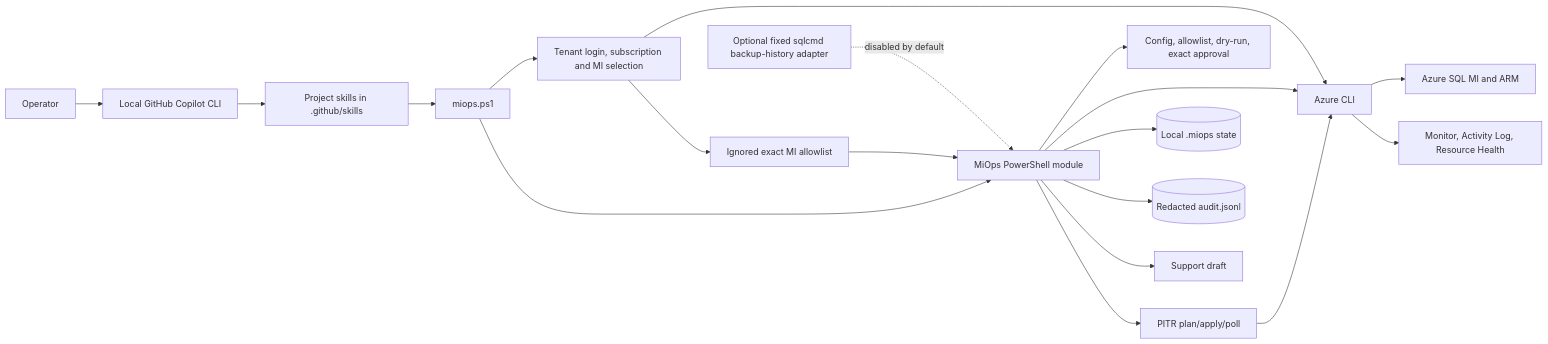
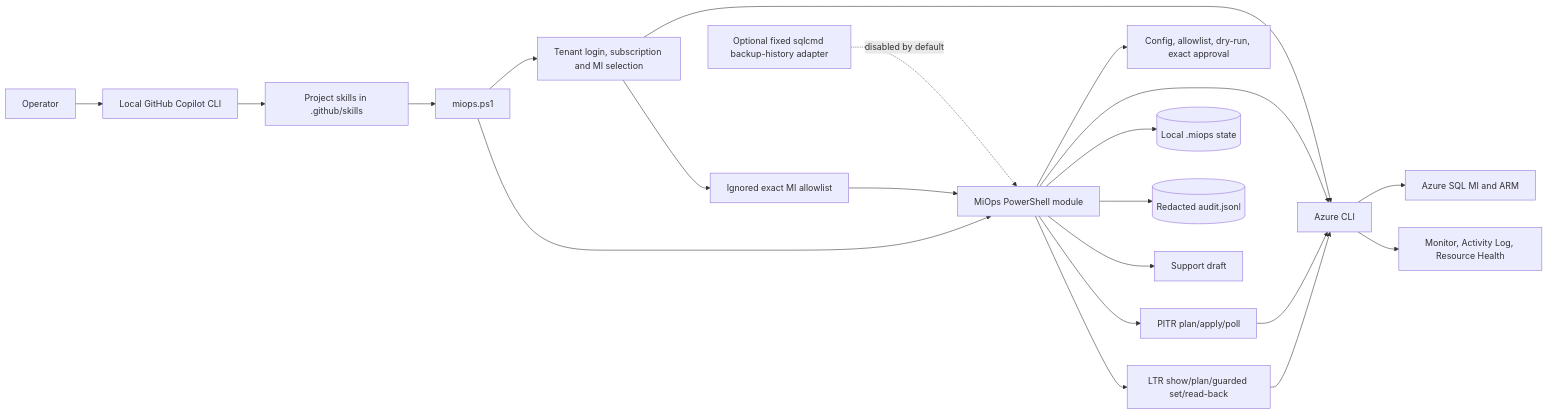
One commit to lduanmsft/azure-sqlops changed the first of 4 diagrams in docs/architecture.md. Above: the diagram before and after it, drawn with Mermaid. The commit also changed other lines of this file and 10 other files, not shown here.

First line of the commit message:
Add guarded MI LTR policy management

````diff
--- a/docs/architecture.md
+++ b/docs/architecture.md
@@ -7,21 +7,23 @@
 ```mermaid
 flowchart LR
     Operator[Operator] --> Copilot[Local GitHub Copilot CLI]
     Copilot --> Skills[Project skills in .github/skills]
     Skills --> Script[miops.ps1]
     Script --> Setup[Tenant login, subscription and MI selection]
     Script --> Module[MiOps PowerShell module]
     Setup --> Az
     Setup --> LocalConfig[Ignored exact MI allowlist]
     LocalConfig --> Module
     Module --> Policy[Config, allowlist, dry-run, exact approval]
     Module --> Az[Azure CLI]
     Az --> ARM[Azure SQL MI and ARM]
     Az --> Monitor[Monitor, Activity Log, Resource Health]
     Module --> State[(Local .miops state)]
     Module --> Audit[(Redacted audit.jsonl)]
     Module --> Draft[Support draft]
     Module --> Restore[PITR plan/apply/poll]
     Restore --> Az
+    Module --> LTR[LTR show/plan/guarded set/read-back]
+    LTR --> Az
     SQL[Optional fixed sqlcmd backup-history adapter] -. disabled by default .-> Module
 ```
````
